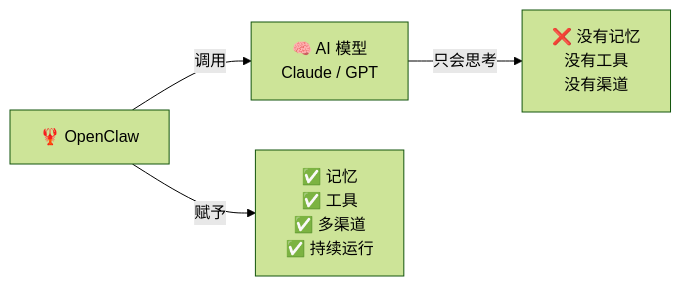
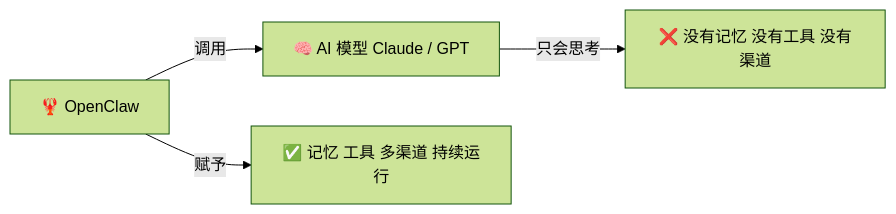
One commit to ildream/learnAI changed the first of 2 diagrams in docs/openclaw/what-is-openclaw.md. Above: the diagram before and after it, drawn with Mermaid (forest theme). The commit also changed other lines of this file and 2 other files, not shown here.

Commit message:
fix: remove all \n from mermaid diagrams

````diff
--- a/docs/openclaw/what-is-openclaw.md
+++ b/docs/openclaw/what-is-openclaw.md
@@ -9,6 +9,6 @@
 ```mermaid
 graph LR
-    A[🧠 AI 模型\nClaude / GPT] -->|只会思考| B[❌ 没有记忆\n没有工具\n没有渠道]
-    C[🦞 OpenClaw] -->|赋予| D[✅ 记忆\n✅ 工具\n✅ 多渠道\n✅ 持续运行]
+    A[🧠 AI 模型 Claude / GPT] -->|只会思考| B[❌ 没有记忆 没有工具 没有渠道]
+    C[🦞 OpenClaw] -->|赋予| D[✅ 记忆 工具 多渠道 持续运行]
     C -->|调用| A
 ```
````
